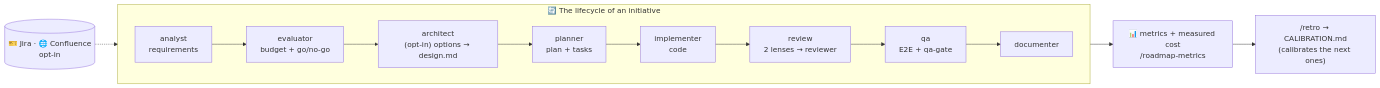
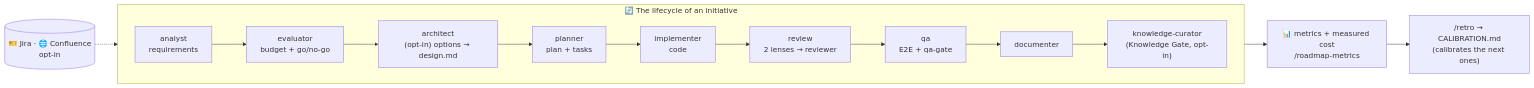
One commit to daycry/custom-agents changed the diagram in docs/en/README.md. Above: the diagram before and after it, drawn with Mermaid. The commit also changed other lines of this file and 15 other files, not shown here.

First line of the commit message:
T-04-fix1: cierra gaps 40-48/50/53/56-58 en curator-gate.py y docs

````diff
--- a/docs/en/README.md
+++ b/docs/en/README.md
@@ -13,10 +13,10 @@
 ```mermaid
 flowchart LR
     subgraph ciclo["🔄 The lifecycle of an initiative"]
         direction LR
-        A["analyst<br/>requirements"] --> E["evaluator<br/>budget + go/no-go"] --> AR["architect<br/>(opt-in) options → design.md"] --> P["planner<br/>plan + tasks"] --> I["implementer<br/>code"] --> R["review<br/>2 lenses → reviewer"] --> Q["qa<br/>E2E + qa-gate"] --> D["documenter"]
+        A["analyst<br/>requirements"] --> E["evaluator<br/>budget + go/no-go"] --> AR["architect<br/>(opt-in) options → design.md"] --> P["planner<br/>plan + tasks"] --> I["implementer<br/>code"] --> R["review<br/>2 lenses → reviewer"] --> Q["qa<br/>E2E + qa-gate"] --> D["documenter"] --> KC["knowledge-curator<br/>(Knowledge Gate, opt-in)"]
     end
     ciclo --> M["📊 metrics + measured cost<br/>/roadmap-metrics"]
     M --> RT["/retro → CALIBRATION.md<br/>(calibrates the next ones)"]
     J[("🎫 Jira · 🌐 Confluence<br/>opt-in")] -.-> ciclo
 ```
````
